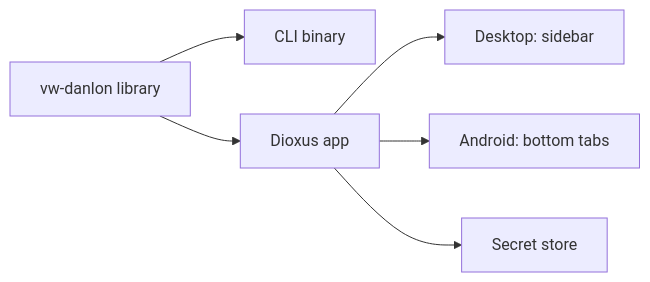
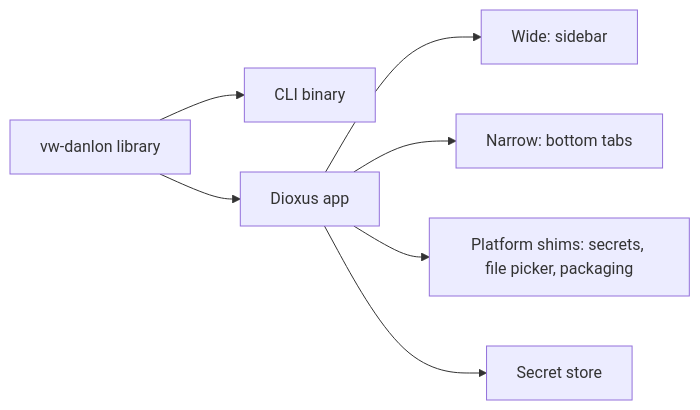
One commit to xMarcinator/vw-danlon changed the diagram in .flow/specs/fnt-21-dioxus-desktop-and-phone-app.md. Above: the diagram before and after it, drawn with Mermaid. The commit also changed other lines of this file and 5 other files, not shown here.

````diff
--- a/.flow/specs/fnt-21-dioxus-desktop-and-phone-app.md
+++ b/.flow/specs/fnt-21-dioxus-desktop-and-phone-app.md
@@ -20,8 +20,9 @@
 ```mermaid
 flowchart LR
   L[vw-danlon library] --> CLI[CLI binary]
   L --> APP[Dioxus app]
-  APP --> D[Desktop: sidebar]
-  APP --> A[Android: bottom tabs]
+  APP --> W[Wide: sidebar]
+  APP --> N[Narrow: bottom tabs]
+  APP --> P[Platform shims: secrets, file picker, packaging]
   APP --> K[Secret store]
 ```
````
